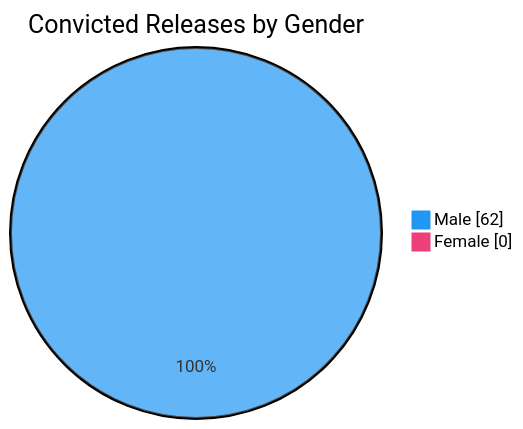
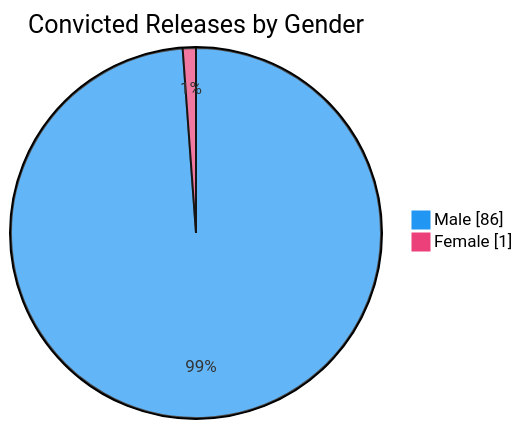
Before and after one commit to nuuuwan/lk_prisons: the sixth of 7 diagrams in README.md, drawn with Mermaid. The commit also changed other lines of this file and 1 other file, not shown here.

````diff
--- a/README.md
+++ b/README.md
@@ -98,6 +98,6 @@
 ```mermaid
 %%{init: {'themeVariables': {'pie1': '#2196F3', 'pie2': '#EC407A'}}}%%
 pie showData title Convicted Releases by Gender
-    "Male" : 62
-    "Female" : 0
+    "Male" : 86
+    "Female" : 1
 ```
````
